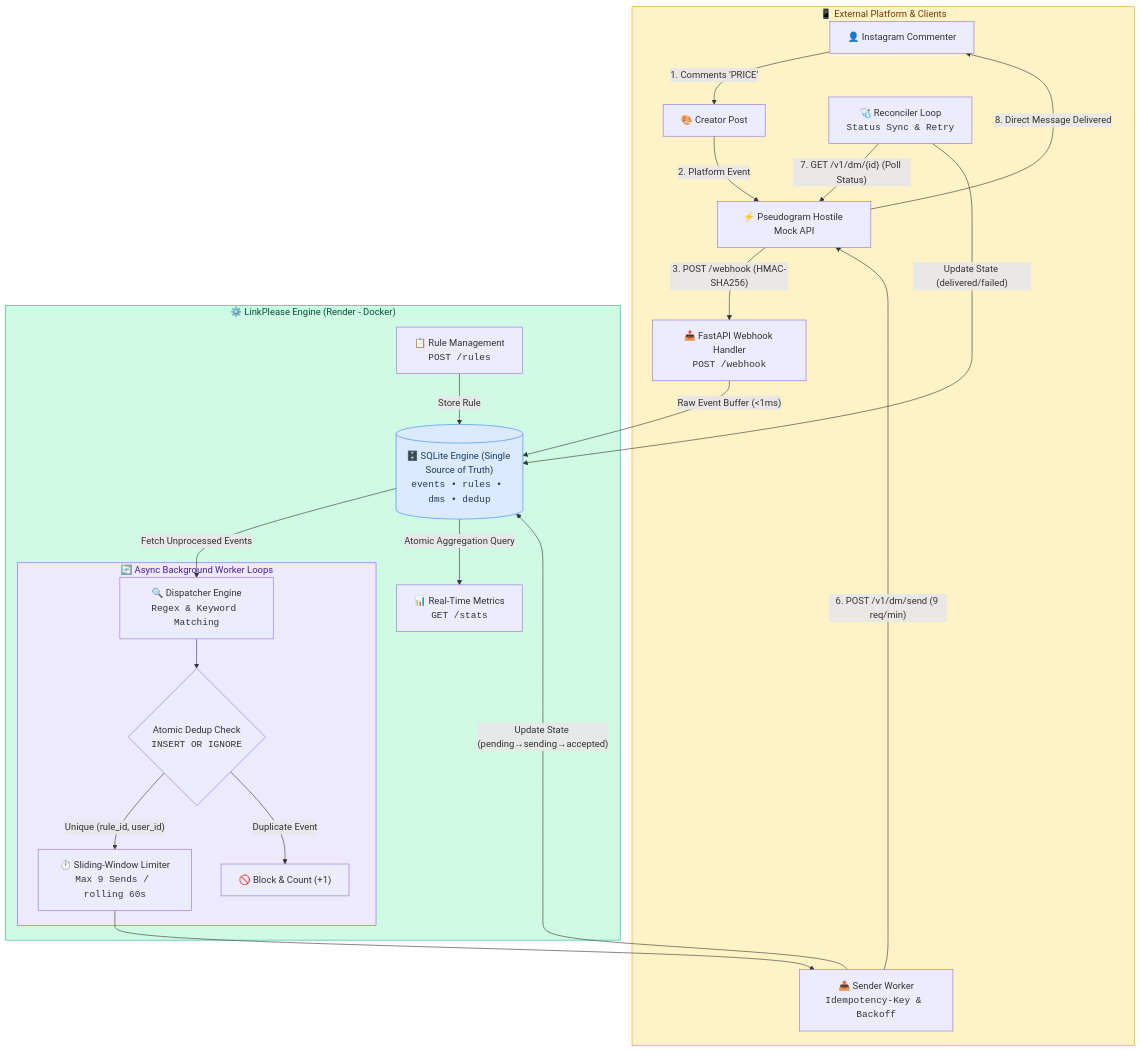
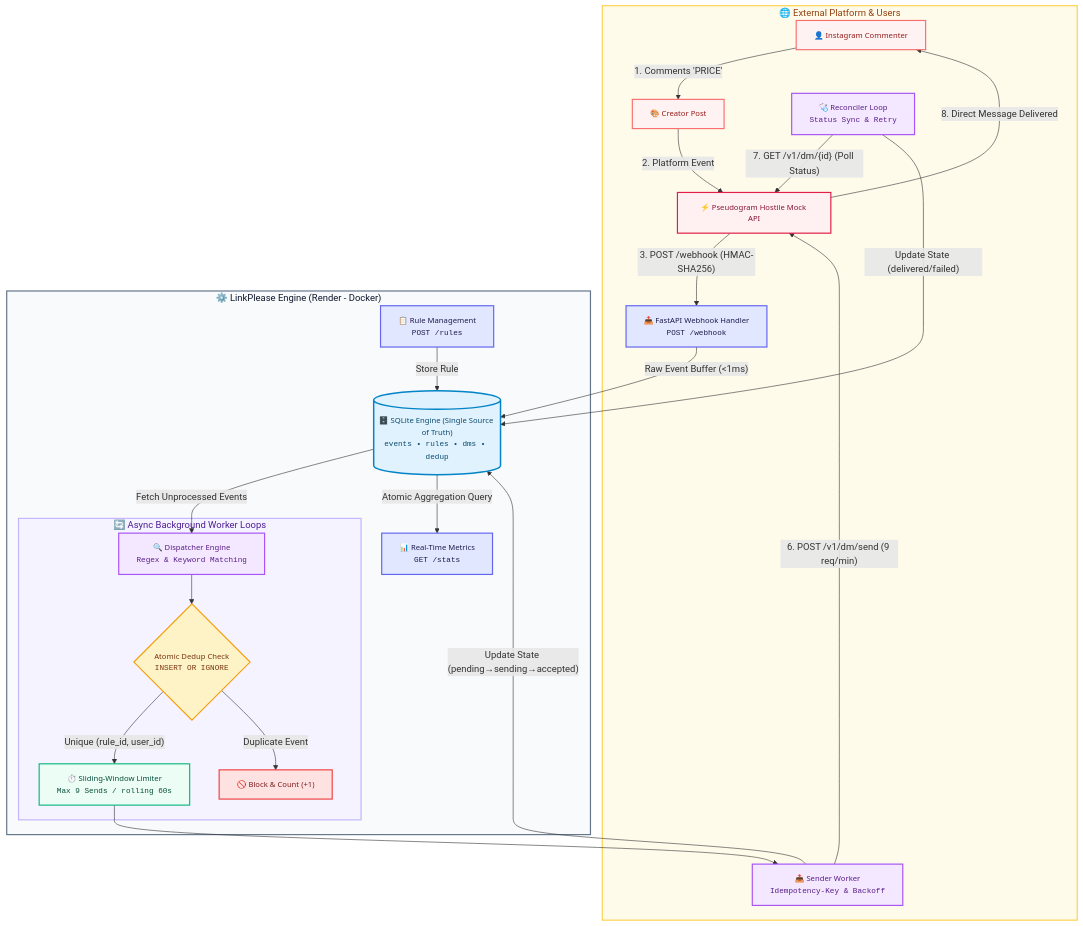
Before and after one commit to Harshkumar2306/LinkPlease-Tech-Intern-Assignment: the diagram in README.md, drawn with Mermaid.

Commit message:
style: upgrade Mermaid diagram color palette for high contrast and modern aesthetics

````diff
--- a/README.md
+++ b/README.md
@@ -32,47 +32,58 @@
 ```mermaid
 graph TB
-    subgraph Client["📱 External Platform & Clients"]
-        IG["👤 Instagram Commenter"]
-        CREATOR["🎨 Creator Post"]
-        PSEUDO["⚡ Pseudogram Hostile Mock API"]
+    subgraph Client["🌐 External Platform & Users"]
+        IG["👤 Instagram Commenter"]:::extNode
+        CREATOR["🎨 Creator Post"]:::extNode
+        PSEUDO["⚡ Pseudogram Hostile Mock API"]:::extApiNode
         IG -->|"1. Comments 'PRICE'"| CREATOR
         CREATOR -->|"2. Platform Event"| PSEUDO
         PSEUDO -->|"3. POST /webhook (HMAC-SHA256)"| WH
         SND -->|"6. POST /v1/dm/send (9 req/min)"| PSEUDO
         REC -->|"7. GET /v1/dm/{id} (Poll Status)"| PSEUDO
         PSEUDO -->|"8. Direct Message Delivered"| IG
     end
 
     subgraph Backend["⚙️ LinkPlease Engine (Render - Docker)"]
-        WH["📥 FastAPI Webhook Handler<br/><code>POST /webhook</code>"]
-        RULES["📋 Rule Management<br/><code>POST /rules</code>"]
-        STATS["📊 Real-Time Metrics<br/><code>GET /stats</code>"]
+        WH["📥 FastAPI Webhook Handler<br/><code>POST /webhook</code>"]:::apiNode
+        RULES["📋 Rule Management<br/><code>POST /rules</code>"]:::apiNode
+        STATS["📊 Real-Time Metrics<br/><code>GET /stats</code>"]:::apiNode
 
         subgraph Workers["🔄 Async Background Worker Loops"]
-            DISP["🔍 Dispatcher Engine<br/><code>Regex & Keyword Matching</code>"]
-            DEDUP{"Atomic Dedup Check<br/><code>INSERT OR IGNORE</code>"}
-            RL["⏱️ Sliding-Window Limiter<br/><code>Max 9 Sends / rolling 60s</code>"]
-            SND["📤 Sender Worker<br/><code>Idempotency-Key & Backoff</code>"]
-            REC["🩺 Reconciler Loop<br/><code>Status Sync & Retry</code>"]
+            DISP["🔍 Dispatcher Engine<br/><code>Regex & Keyword Matching</code>"]:::workerNode
+            DEDUP{"Atomic Dedup Check<br/><code>INSERT OR IGNORE</code>"}:::decisionNode
+            RL["⏱️ Sliding-Window Limiter<br/><code>Max 9 Sends / rolling 60s</code>"]:::limiterNode
+            SND["📤 Sender Worker<br/><code>Idempotency-Key & Backoff</code>"]:::workerNode
+            REC["🩺 Reconciler Loop<br/><code>Status Sync & Retry</code>"]:::workerNode
+            BLK["🚫 Block & Count (+1)"]:::blockNode
 
             DISP --> DEDUP
             DEDUP -->|"Unique (rule_id, user_id)"| RL
-            DEDUP -->|"Duplicate Event"| BLK["🚫 Block & Count (+1)"]
+            DEDUP -->|"Duplicate Event"| BLK
             RL --> SND
         end
 
-        DB[("🗄️ SQLite Engine (Single Source of Truth)<br/><code>events • rules • dms • dedup</code>")]
+        DB[("🗄️ SQLite Engine (Single Source of Truth)<br/><code>events • rules • dms • dedup</code>")]:::dbNode
 
         WH -->|"Raw Event Buffer (<1ms)"| DB
         RULES -->|"Store Rule"| DB
         DB -->|"Fetch Unprocessed Events"| DISP
         SND -->|"Update State (pending→sending→accepted)"| DB
         REC -->|"Update State (delivered/failed)"| DB
         DB -->|"Atomic Aggregation Query"| STATS
     end
 
-    style Client fill:#fef3c7,stroke:#f59e0b,color:#78350f
-    style Backend fill:#d1fae5,stroke:#10b981,color:#064e3b
-    style Workers fill:#ede9fe,stroke:#8b5cf6,color:#4c1d95
-    style DB fill:#dbeafe,stroke:#3b82f6,color:#1e3a5f
+    %% Premium Modern Palette
+    classDef default font-family:system-ui,sans-serif,font-size:13px;
+    classDef extNode fill:#fef2f2,stroke:#f87171,stroke-width:2px,color:#991b1b;
+    classDef extApiNode fill:#fff1f2,stroke:#e11d48,stroke-width:2px,color:#881337;
+    classDef apiNode fill:#e0e7ff,stroke:#6366f1,stroke-width:2px,color:#1e1b4b;
+    classDef workerNode fill:#f3e8ff,stroke:#a855f7,stroke-width:2px,color:#581c87;
+    classDef decisionNode fill:#fef3c7,stroke:#f59e0b,stroke-width:2px,color:#78350f;
+    classDef limiterNode fill:#ecfdf5,stroke:#10b981,stroke-width:2px,color:#064e3b;
+    classDef blockNode fill:#fee2e2,stroke:#ef4444,stroke-width:2px,color:#7f1d1d;
+    classDef dbNode fill:#e0f2fe,stroke:#0284c7,stroke-width:2.5px,color:#0c4a6e;
+
+    style Client fill:#fffbeb,stroke:#fcd34d,stroke-width:2px,color:#92400e
+    style Backend fill:#f8fafc,stroke:#64748b,stroke-width:2px,color:#0f172a
+    style Workers fill:#f5f3ff,stroke:#c4b5fd,stroke-width:2px,color:#4c1d95
 ```
````
